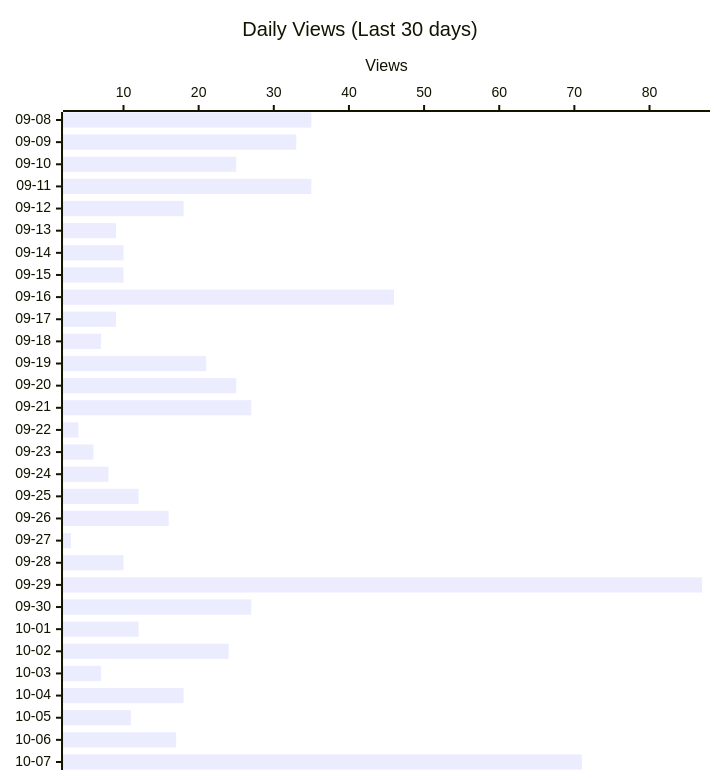
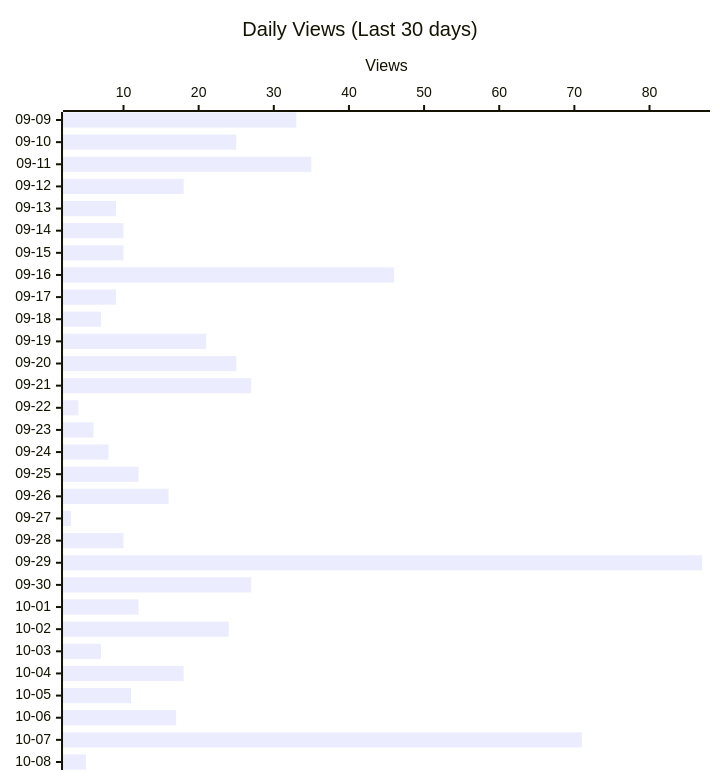
Before and after one commit to shigechika/github-insights: the second of 4 diagrams in README.md, drawn with Mermaid. The commit also changed other lines of this file and 2 other files, not shown here.

````diff
--- a/README.md
+++ b/README.md
@@ -28,12 +28,12 @@
 ```mermaid
 ---
 config:
   xyChart:
     height: 760
 ---
 xychart-beta horizontal
     title "Daily Views (Last 30 days)"
-    x-axis ["09-08", "09-09", "09-10", "09-11", "09-12", "09-13", "09-14", "09-15", "09-16", "09-17", "09-18", "09-19", "09-20", "09-21", "09-22", "09-23", "09-24", "09-25", "09-26", "09-27", "09-28", "09-29", "09-30", "10-01", "10-02", "10-03", "10-04", "10-05", "10-06", "10-07"]
+    x-axis ["09-09", "09-10", "09-11", "09-12", "09-13", "09-14", "09-15", "09-16", "09-17", "09-18", "09-19", "09-20", "09-21", "09-22", "09-23", "09-24", "09-25", "09-26", "09-27", "09-28", "09-29", "09-30", "10-01", "10-02", "10-03", "10-04", "10-05", "10-06", "10-07", "10-08"]
     y-axis "Views"
-    bar [35, 33, 25, 35, 18, 9, 10, 10, 46, 9, 7, 21, 25, 27, 4, 6, 8, 12, 16, 3, 10, 87, 27, 12, 24, 7, 18, 11, 17, 71]
+    bar [33, 25, 35, 18, 9, 10, 10, 46, 9, 7, 21, 25, 27, 4, 6, 8, 12, 16, 3, 10, 87, 27, 12, 24, 7, 18, 11, 17, 71, 5]
 ```
````
